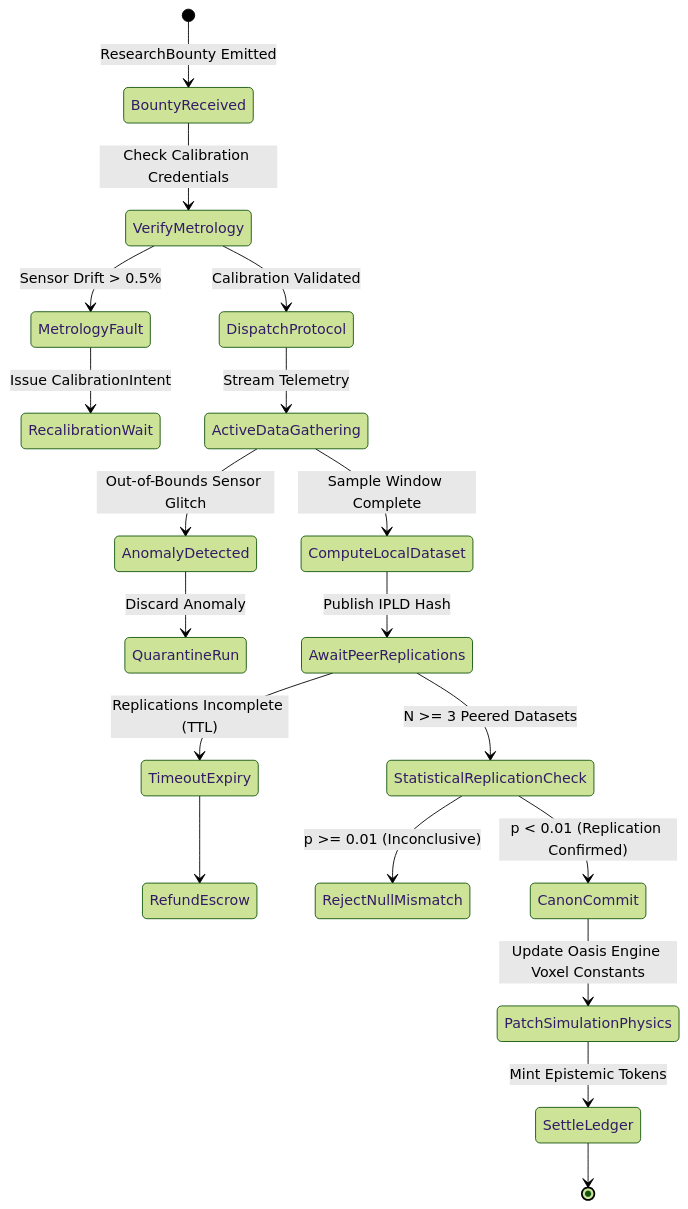
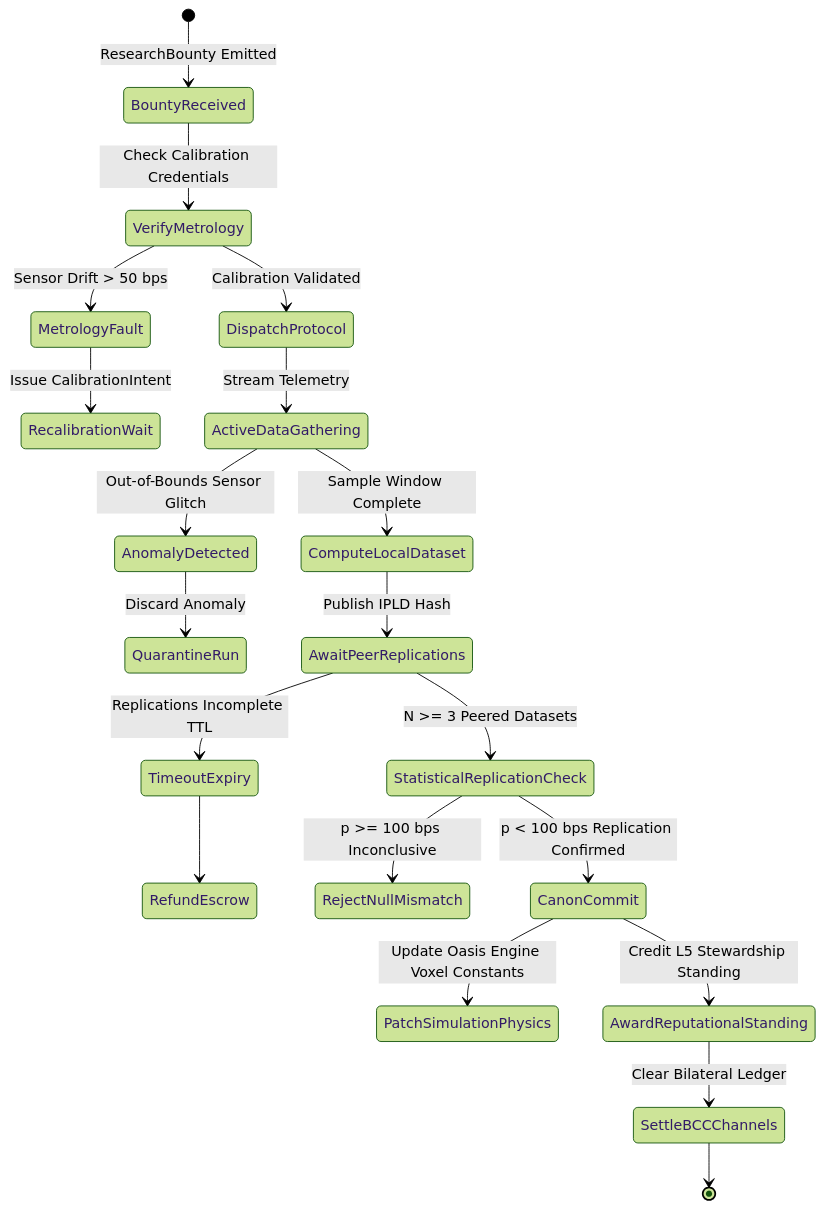
One commit to raffaine/collective changed the second of 4 diagrams in docs/scenarios/iota_epistemic.md. Above: the diagram before and after it, drawn with Mermaid (forest theme). The commit also changed other lines of this file and 23 other files, not shown here.

````diff
--- a/docs/scenarios/iota_epistemic.md
+++ b/docs/scenarios/iota_epistemic.md
@@ -71,21 +90,22 @@
 ```mermaid
 stateDiagram-v2
     [*] --> BountyReceived: ResearchBounty Emitted
     BountyReceived --> VerifyMetrology: Check Calibration Credentials
-    VerifyMetrology --> MetrologyFault: Sensor Drift > 0.5%
+    VerifyMetrology --> MetrologyFault: Sensor Drift > 50 bps
     MetrologyFault --> RecalibrationWait: Issue CalibrationIntent
     VerifyMetrology --> DispatchProtocol: Calibration Validated
     DispatchProtocol --> ActiveDataGathering: Stream Telemetry
     ActiveDataGathering --> AnomalyDetected: Out-of-Bounds Sensor Glitch
     AnomalyDetected --> QuarantineRun: Discard Anomaly
     ActiveDataGathering --> ComputeLocalDataset: Sample Window Complete
     ComputeLocalDataset --> AwaitPeerReplications: Publish IPLD Hash
-    AwaitPeerReplications --> TimeoutExpiry: Replications Incomplete (TTL)
+    AwaitPeerReplications --> TimeoutExpiry: Replications Incomplete TTL
     TimeoutExpiry --> RefundEscrow
     AwaitPeerReplications --> StatisticalReplicationCheck: N >= 3 Peered Datasets
-    StatisticalReplicationCheck --> RejectNullMismatch: p >= 0.01 (Inconclusive)
-    StatisticalReplicationCheck --> CanonCommit: p < 0.01 (Replication Confirmed)
+    StatisticalReplicationCheck --> RejectNullMismatch: p >= 100 bps Inconclusive
+    StatisticalReplicationCheck --> CanonCommit: p < 100 bps Replication Confirmed
     CanonCommit --> PatchSimulationPhysics: Update Oasis Engine Voxel Constants
-    PatchSimulationPhysics --> SettleLedger: Mint Epistemic Tokens
-    SettleLedger --> [*]
+    CanonCommit --> AwardReputationalStanding: Credit L5 Stewardship Standing
+    AwardReputationalStanding --> SettleBCCChannels: Clear Bilateral Ledger
+    SettleBCCChannels --> [*]
 ```
````
